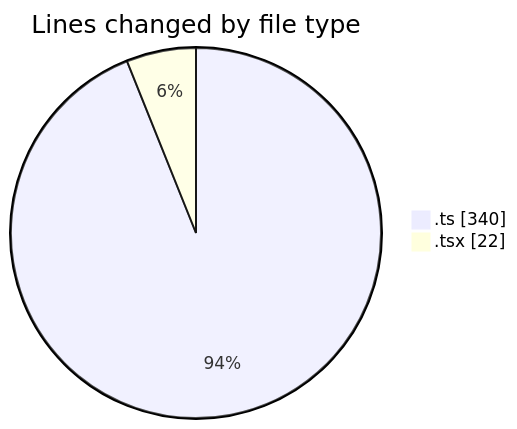
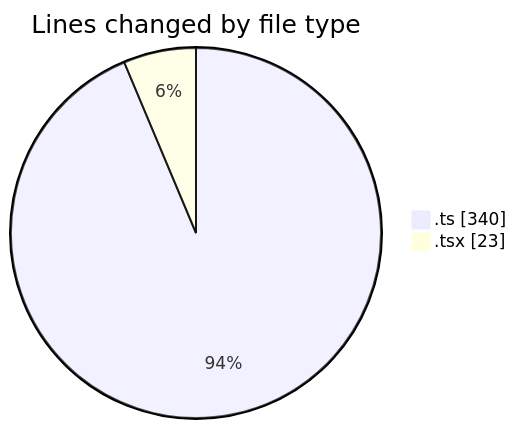
Before and after one commit to momahboobian/code-tracking: the first of 2 diagrams in 2026-10-15/cda/README.md, drawn with Mermaid. The commit also changed other lines of this file and 1 other file, not shown here.

````diff
--- a/2026-10-15/cda/README.md
+++ b/2026-10-15/cda/README.md
@@ -23,6 +23,6 @@
 ```mermaid
 pie showData
 title Lines changed by file type
 ".ts" : 340
-".tsx" : 22
+".tsx" : 23
 ```
````
